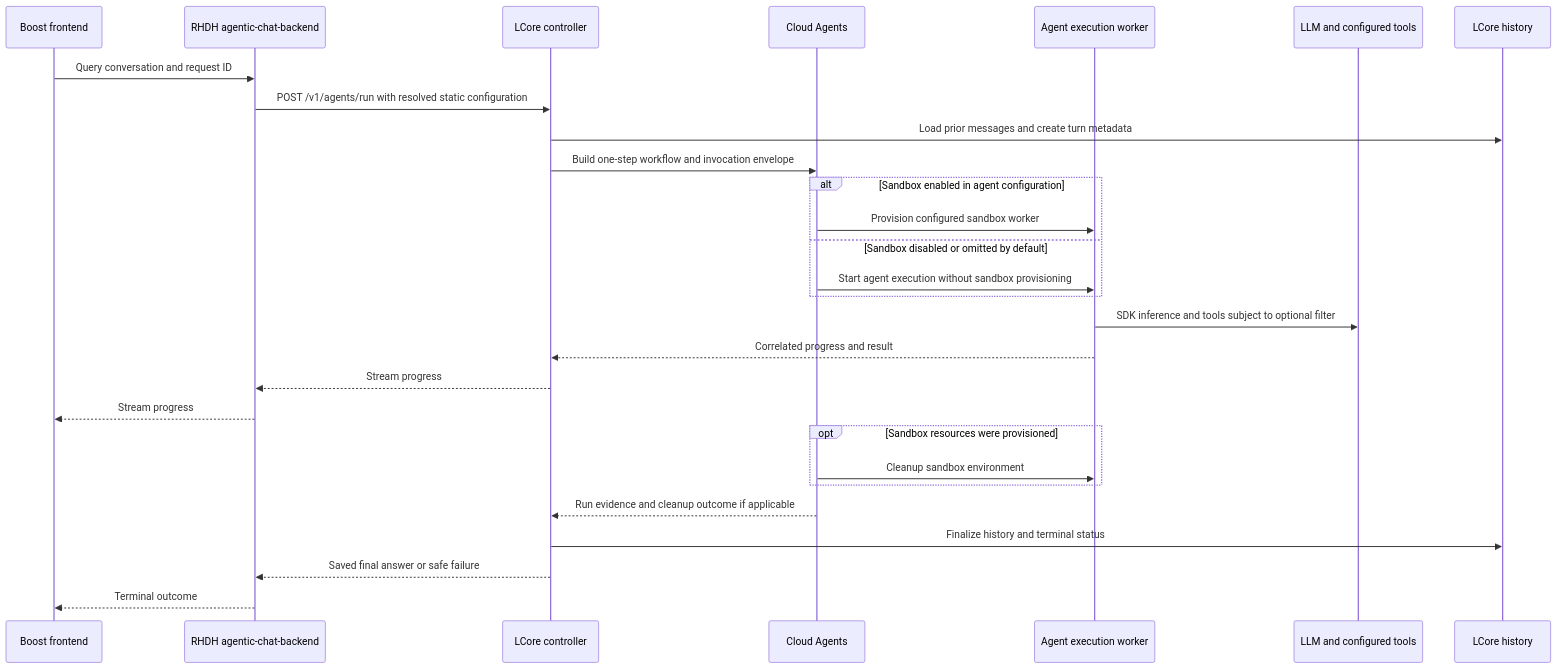
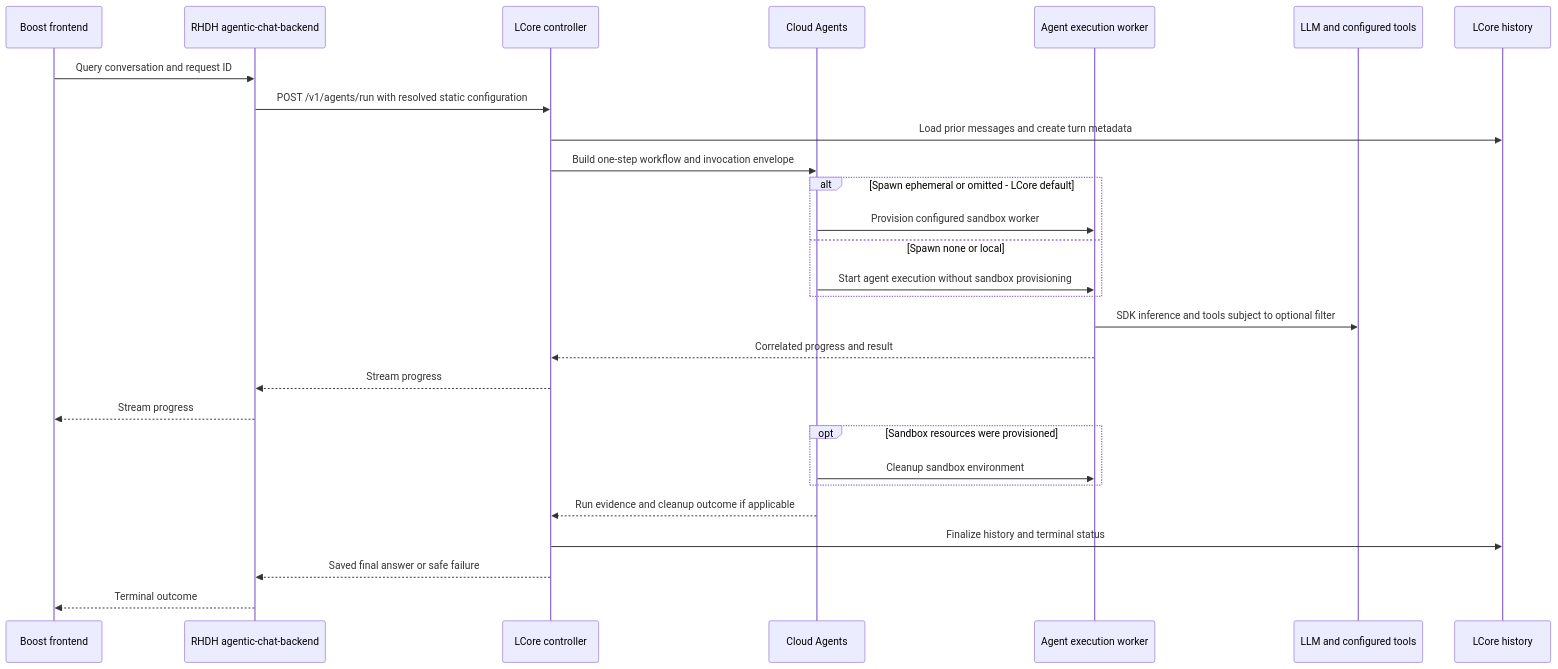
Before and after one commit to yangcao77/rhdh-agentic-chat-interface-design: the diagram in diagrams/chat-sequence.md, drawn with Mermaid. The commit also changed 9 other files, not shown here.

Commit message:
update useSandbox to spawn

````diff
--- a/diagrams/chat-sequence.md
+++ b/diagrams/chat-sequence.md
@@ -3,30 +3,30 @@
 ```mermaid
 sequenceDiagram
   participant UI as Boost frontend
   participant R as RHDH agentic-chat-backend
   participant L as LCore controller
   participant C as Cloud Agents
   participant W as Agent execution worker
   participant O as LLM and configured tools
   participant H as LCore history
   UI->>R: Query conversation and request ID
   R->>L: POST /v1/agents/run with resolved static configuration
   L->>H: Load prior messages and create turn metadata
   L->>C: Build one-step workflow and invocation envelope
-  alt Sandbox enabled in agent configuration
+  alt Spawn ephemeral or omitted - LCore default
     C->>W: Provision configured sandbox worker
-  else Sandbox disabled or omitted by default
+  else Spawn none or local
     C->>W: Start agent execution without sandbox provisioning
   end
   W->>O: SDK inference and tools subject to optional filter
   W-->>L: Correlated progress and result
   L-->>R: Stream progress
   R-->>UI: Stream progress
   opt Sandbox resources were provisioned
     C->>W: Cleanup sandbox environment
   end
   C-->>L: Run evidence and cleanup outcome if applicable
   L->>H: Finalize history and terminal status
   L-->>R: Saved final answer or safe failure
   R-->>UI: Terminal outcome
 ```
````
